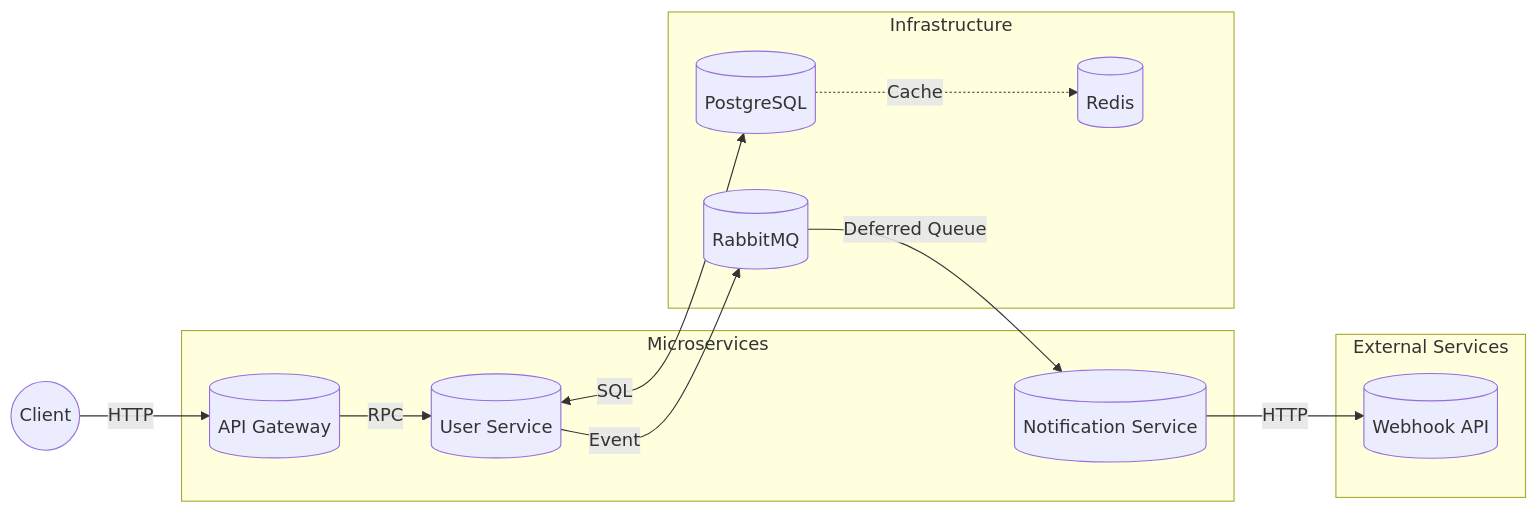
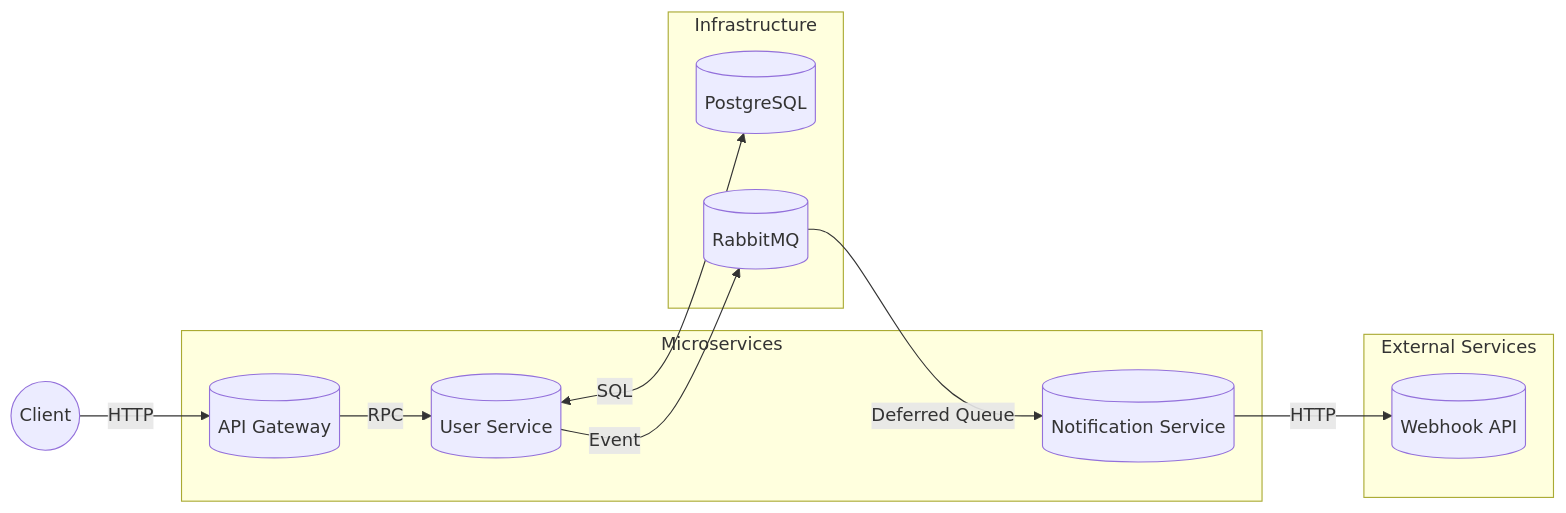
Before and after one commit to orlov-e/test-assignment: the diagram in README.md, drawn with Mermaid.

Commit message:
chore: change diagram in Readme.md

````diff
--- a/README.md
+++ b/README.md
@@ -19,23 +19,21 @@
 ```mermaid
 flowchart LR
     subgraph apps [Microservices]
         gateway[(API Gateway)]
         user_svc[(User Service)]
         notif_svc[(Notification Service)]
     end
     subgraph infrastructure [Infrastructure]
         postgres[(PostgreSQL)]
         rabbitmq[(RabbitMQ)]
-        redis[(Redis)]
     end
     subgraph external [External Services]
         webhook[(Webhook API)]
     end
     client((Client)) -->|HTTP| gateway
     gateway -->|RPC| user_svc
     user_svc -->|Event| rabbitmq
     rabbitmq -->|Deferred Queue| notif_svc
     user_svc <-->|SQL| postgres
     notif_svc -->|HTTP| webhook
-    postgres -.->|Cache| redis
 ```
````
